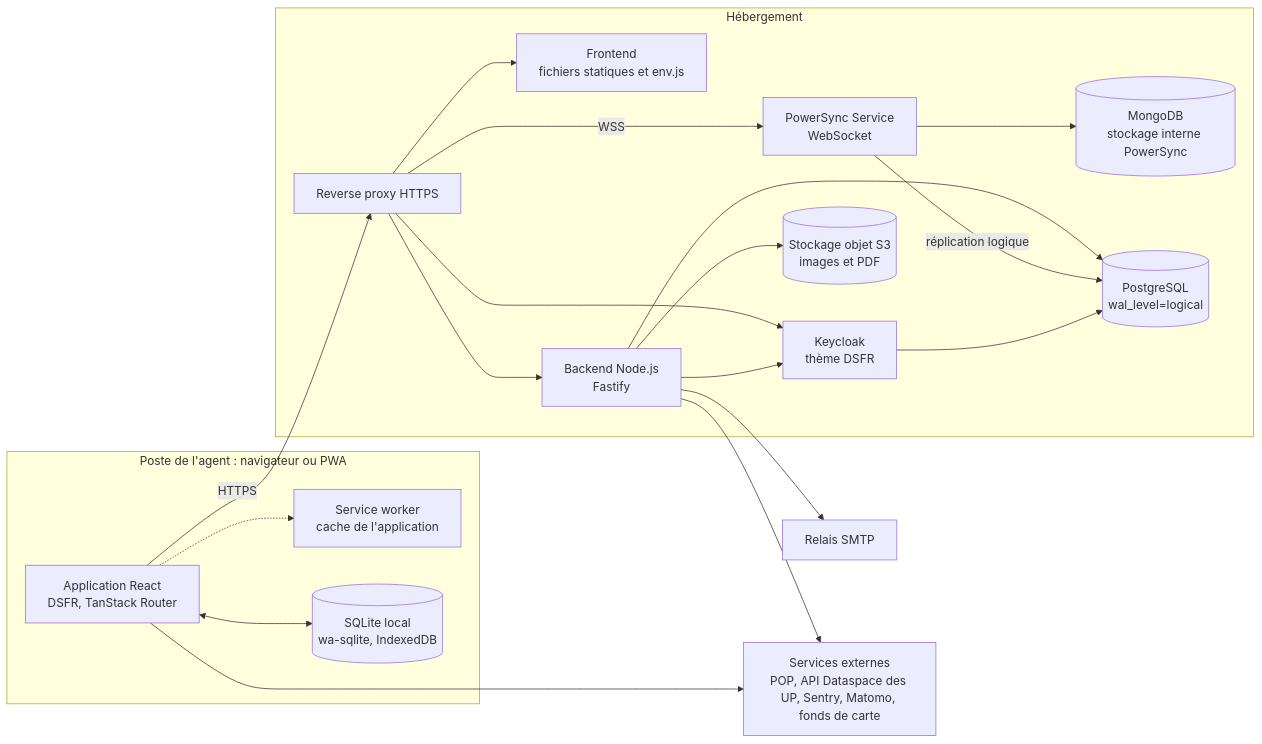
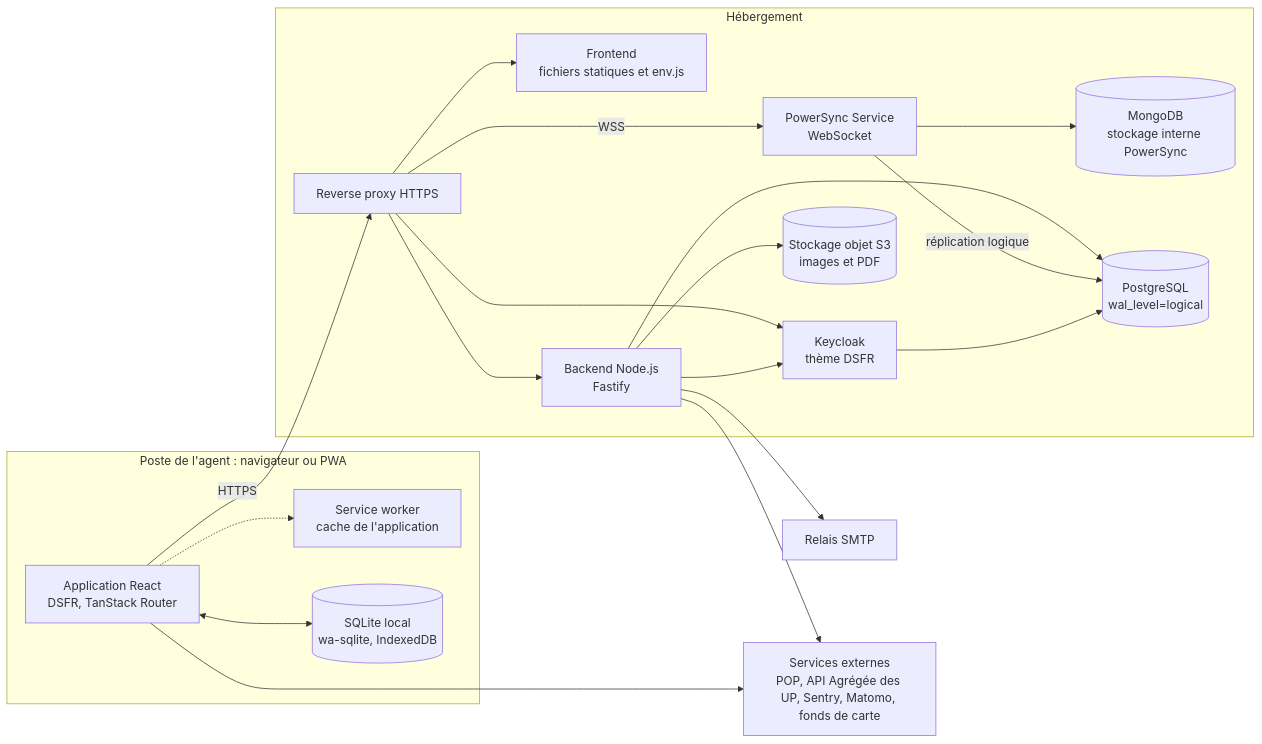
The first of 3 diagrams in docs/02-architecture-generale.md (betagouv/patrinotes), drawn with Mermaid before and after one commit. The commit also changed other lines of this file and 12 other files, not shown here.

Commit message:
docs(DAT): l'API des unités patrimoniales est l'API Agrégée (exposée par le Dataspace du ministère)

````diff
--- a/docs/02-architecture-generale.md
+++ b/docs/02-architecture-generale.md
@@ -18,39 +18,39 @@
 ```mermaid
 flowchart LR
     subgraph Client["Poste de l'agent : navigateur ou PWA"]
         UI["Application React<br/>DSFR, TanStack Router"]
         SW["Service worker<br/>cache de l'application"]
         LDB[("SQLite local<br/>wa-sqlite, IndexedDB")]
         UI <--> LDB
         UI -.-> SW
     end
 
     subgraph Serveur["Hébergement"]
         RP["Reverse proxy HTTPS"]
         FE["Frontend<br/>fichiers statiques et env.js"]
         BE["Backend Node.js<br/>Fastify"]
         PS["PowerSync Service<br/>WebSocket"]
         MG[("MongoDB<br/>stockage interne PowerSync")]
         PG[("PostgreSQL<br/>wal_level=logical")]
         KC["Keycloak<br/>thème DSFR"]
         S3[("Stockage objet S3<br/>images et PDF")]
     end
 
     SMTP["Relais SMTP"]
-    EXT["Services externes<br/>POP, API Dataspace des UP, Sentry, Matomo, fonds de carte"]
+    EXT["Services externes<br/>POP, API Agrégée des UP, Sentry, Matomo, fonds de carte"]
 
     UI -->|HTTPS| RP
     RP --> FE
     RP --> BE
     RP -->|WSS| PS
     RP --> KC
     BE --> PG
     BE --> S3
     BE --> KC
     BE --> SMTP
     BE --> EXT
     UI --> EXT
     PS -->|réplication logique| PG
     PS --> MG
     KC --> PG
 ```
````
